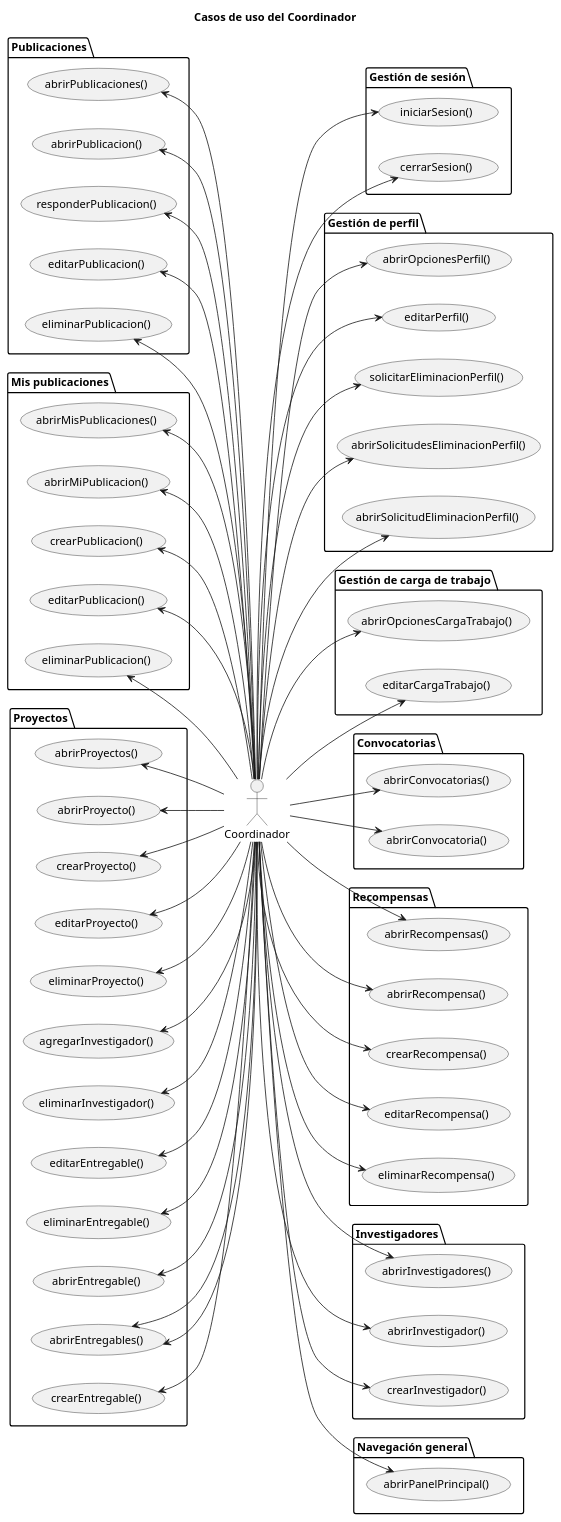
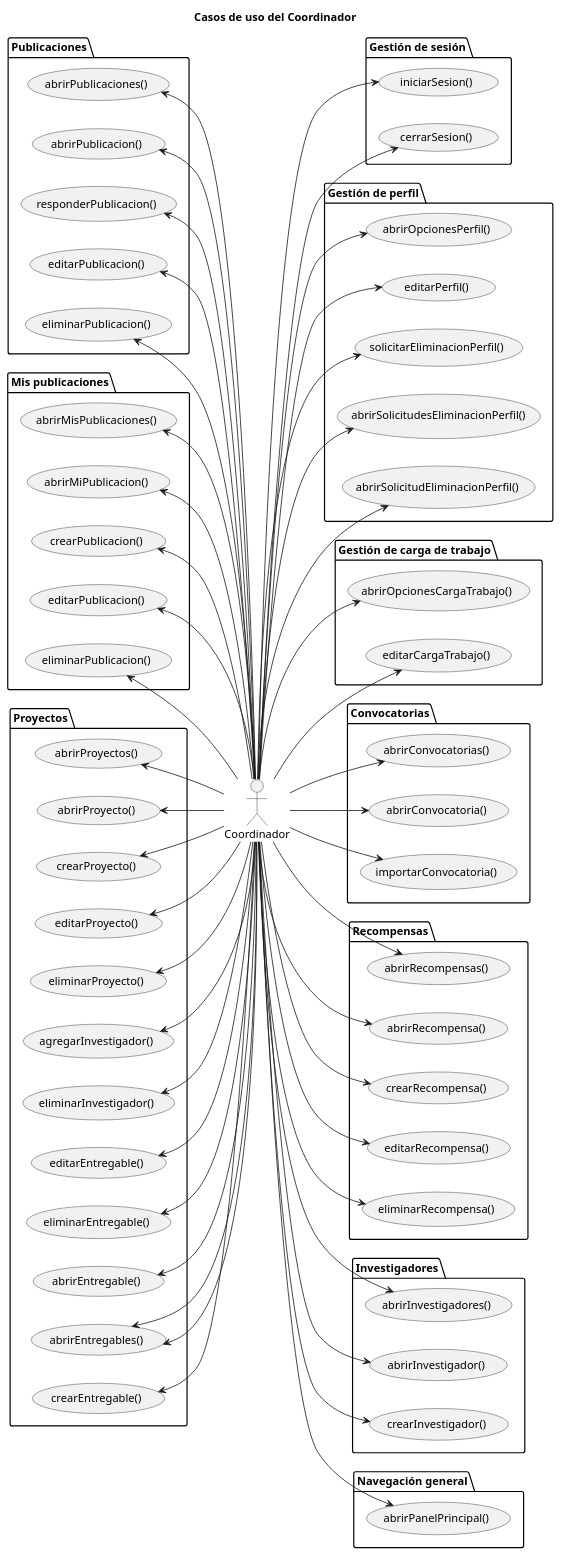
Before and after one commit to 31Diego/25-26-IdSw1-SdR: the diagram in documentación/CasosDeUso/Diagramas/CDUCoordinador.puml, drawn with PlantUML. The commit also changed 1 other file, not shown here.

```diff
--- a/documentación/CasosDeUso/Diagramas/CDUCoordinador.puml
+++ b/documentación/CasosDeUso/Diagramas/CDUCoordinador.puml
@@ -1,138 +1,140 @@
 @startuml CDUCoordinadorCompleto
 
 title Casos de uso del Coordinador
 left to right direction
 
 actor "Coordinador" as coordinador
 
 package "Gestión de sesión" {
     usecase UC_IniciarSesion as "iniciarSesion()"
     usecase UC_CerrarSesion as "cerrarSesion()"
 }
 
 package "Gestión de perfil" {
     usecase UC_AbrirOpcionesPerfil as "abrirOpcionesPerfil()"
     usecase UC_EditarPerfil as "editarPerfil()"
     usecase UC_SolicitarEliminacionPerfil as "solicitarEliminacionPerfil()"
     usecase UC_abrirSolicitudesEliminacionPerfil as "abrirSolicitudesEliminacionPerfil()"
     usecase UC_abrirSolicitudEliminacionPerfil as "abrirSolicitudEliminacionPerfil()"
 }
 
 package "Gestión de carga de trabajo" {
     usecase UC_AbrirOpcionesCargaTrabajo as "abrirOpcionesCargaTrabajo()"
     usecase UC_EditarCargaTrabajo as "editarCargaTrabajo()"
 }
 
 package "Publicaciones" {
     usecase UC_AbrirPublicaciones as "abrirPublicaciones()"
     usecase UC_AbrirPublicacion as "abrirPublicacion()"
     usecase UC_ResponderPublicacion as "responderPublicacion()"
     usecase UC_EditarPublicacion as "editarPublicacion()"
     usecase UC_EliminarPublicacion as "eliminarPublicacion()"
 }
 
 package "Mis publicaciones" {
     usecase UC_AbrirMisPublicaciones as "abrirMisPublicaciones()"
     usecase UC_AbrirMiPublicacion as "abrirMiPublicacion()"
     usecase UC_CrearPublicacion as "crearPublicacion()"
     usecase UC_EditarMiPublicacion as "editarPublicacion()"
     usecase UC_EliminarMiPublicacion as "eliminarPublicacion()"
 }
 
 package "Convocatorias" {
     usecase UC_AbrirConvocatorias as "abrirConvocatorias()"
     usecase UC_AbrirConvocatoria as "abrirConvocatoria()"
+    usecase UC_ImportarConvocatoria as "importarConvocatoria()"
 }
 
 package "Recompensas" {
     usecase UC_AbrirRecompensas as "abrirRecompensas()"
     usecase UC_AbrirRecompensa as "abrirRecompensa()"
     usecase UC_CrearRecompensa as "crearRecompensa()"
     usecase UC_EditarRecompensa as "editarRecompensa()"
     usecase UC_EliminarRecompensa as "eliminarRecompensa()"
 }
 
 package "Proyectos" {
     usecase UC_AbrirProyectos as "abrirProyectos()"
     usecase UC_AbrirProyecto as "abrirProyecto()"
     usecase UC_CrearProyecto as "crearProyecto()"
     usecase UC_EditarProyecto as "editarProyecto()"
     usecase UC_EliminarProyecto as "eliminarProyecto()"
     usecase UC_AgregarInvestigador as "agregarInvestigador()"
     usecase UC_EliminarInvestigador as "eliminarInvestigador()"
     usecase UC_EditarEntregable as "editarEntregable()"
     usecase UC_EliminarEntregable as "eliminarEntregable()"
     usecase UC_AbrirEntregable as "abrirEntregable()"
     usecase UC_AbrirEntregables as "abrirEntregables()"
     usecase UC_CrearEntregable as "crearEntregable()"
 }
 
 
 
 package "Investigadores" {
     usecase UC_AbrirInvestigadores as "abrirInvestigadores()"
     usecase UC_AbrirInvestigador as "abrirInvestigador()"
     usecase UC_CrearInvestigador as "crearInvestigador()"
 }
 
 package "Navegación general" {
     usecase UC_AbrirPanelPrincipal as "abrirPanelPrincipal()"
 }
 
 ' Asociaciones (todas)
 coordinador --> UC_IniciarSesion
 coordinador --> UC_CerrarSesion
 
 coordinador --> UC_AbrirOpcionesPerfil
 coordinador --> UC_EditarPerfil
 coordinador --> UC_SolicitarEliminacionPerfil
 coordinador --> UC_abrirSolicitudEliminacionPerfil
 coordinador --> UC_abrirSolicitudesEliminacionPerfil
 
 coordinador --> UC_AbrirOpcionesCargaTrabajo
 coordinador --> UC_EditarCargaTrabajo
 
 UC_AbrirPublicaciones <-- coordinador
 UC_AbrirPublicacion <-- coordinador
 UC_ResponderPublicacion <-- coordinador
 UC_EditarPublicacion <-- coordinador
 UC_EliminarPublicacion <-- coordinador
 
 UC_AbrirMisPublicaciones <-- coordinador
 UC_AbrirMiPublicacion <-- coordinador
 UC_CrearPublicacion <-- coordinador
 UC_EditarMiPublicacion <-- coordinador
 UC_EliminarMiPublicacion <-- coordinador
 
 coordinador --> UC_AbrirConvocatorias
 coordinador --> UC_AbrirConvocatoria
+coordinador --> UC_ImportarConvocatoria
 
 coordinador --> UC_AbrirRecompensas
 coordinador --> UC_AbrirRecompensa
 coordinador --> UC_CrearRecompensa
 coordinador --> UC_EditarRecompensa
 coordinador --> UC_EliminarRecompensa
 
 UC_AbrirProyectos <-- coordinador
 UC_AbrirProyecto <-- coordinador
 UC_CrearProyecto <-- coordinador
 UC_EditarProyecto <-- coordinador
 UC_EliminarProyecto <-- coordinador
 UC_AgregarInvestigador <-- coordinador
 UC_EliminarInvestigador <-- coordinador
 UC_AbrirEntregables <-- coordinador
 UC_CrearEntregable <-- coordinador
 
 UC_EditarEntregable <-- coordinador
 UC_EliminarEntregable <-- coordinador
 UC_AbrirEntregable <-- coordinador
 UC_AbrirEntregables <-- coordinador
 
 
 coordinador --> UC_AbrirInvestigadores
 coordinador --> UC_AbrirInvestigador
 coordinador --> UC_CrearInvestigador
 
 coordinador --> UC_AbrirPanelPrincipal
 
 @enduml
```
